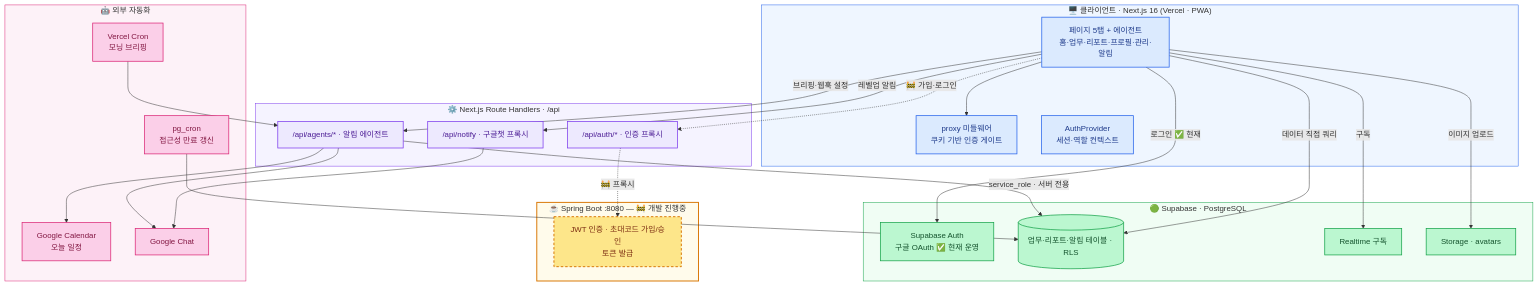
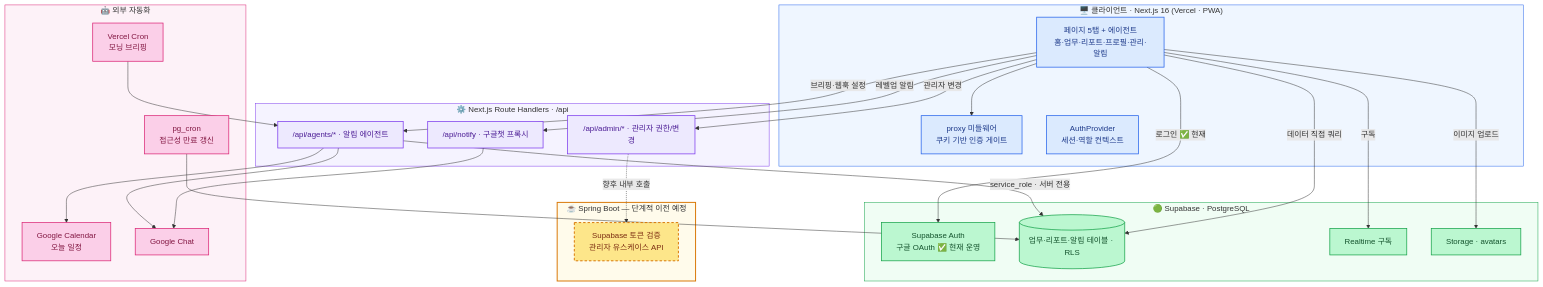
The second of 4 diagrams in README.md (poseybutter/project-alarm-service), drawn with Mermaid before and after one commit. The commit also changed other lines of this file and 47 other files, not shown here.

````diff
--- a/README.md
+++ b/README.md
@@ -221,65 +221,65 @@
 ```mermaid
 graph TB
     subgraph Client["🖥️ 클라이언트 · Next.js 16 (Vercel · PWA)"]
         UI["페이지 5탭 + 에이전트<br/>홈·업무·리포트·프로필·관리·알림"]
         MW["proxy 미들웨어<br/>쿠키 기반 인증 게이트"]
         AP["AuthProvider<br/>세션·역할 컨텍스트"]
     end
 
     subgraph Supa["🟢 Supabase · PostgreSQL"]
         SAuth["Supabase Auth<br/>구글 OAuth ✅ 현재 운영"]
         DB[("업무·리포트·알림 테이블 · RLS")]
         RT["Realtime 구독"]
         Store["Storage · avatars"]
     end
 
     subgraph NextAPI["⚙️ Next.js Route Handlers · /api"]
         Notify["/api/notify · 구글챗 프록시"]
-        AuthAPI["/api/auth/* · 인증 프록시"]
+        AdminAPI["/api/admin/* · 관리자 권한/변경"]
         AgentAPI["/api/agents/* · 알림 에이전트"]
     end
 
-    subgraph Spring["☕ Spring Boot :8080 — 🚧 개발 진행중"]
-        JWT["JWT 인증 · 초대코드 가입/승인<br/>토큰 발급"]
+    subgraph Spring["☕ Spring Boot — 단계적 이전 예정"]
+        AdminCore["Supabase 토큰 검증<br/>관리자 유스케이스 API"]
     end
 
     subgraph Ext["🤖 외부 자동화"]
         VercelCron["Vercel Cron<br/>모닝 브리핑"]
         Calendar["Google Calendar<br/>오늘 일정"]
         Cron["pg_cron<br/>접근성 만료 갱신"]
         Chat["Google Chat"]
     end
 
     UI -->|"로그인 ✅ 현재"| SAuth
     UI -->|"데이터 직접 쿼리"| DB
     UI -->|"구독"| RT
     UI -->|"이미지 업로드"| Store
     UI --> MW
     UI -->|"레벨업 알림"| Notify --> Chat
     UI -->|"브리핑·웹훅 설정"| AgentAPI
-    UI -.->|"🚧 가입·로그인"| AuthAPI
-    AuthAPI -.->|"🚧 프록시"| JWT
+    UI -->|"관리자 변경"| AdminAPI
+    AdminAPI -.->|"향후 내부 호출"| AdminCore
     VercelCron --> AgentAPI
     AgentAPI -->|"service_role · 서버 전용"| DB
     AgentAPI --> Calendar
     AgentAPI --> Chat
     Cron --> DB
 
     classDef client fill:#dbeafe,stroke:#2563eb,color:#1e3a8a,stroke-width:1.5px;
     classDef api fill:#ede9fe,stroke:#7c3aed,color:#4c1d95,stroke-width:1.5px;
     classDef wip fill:#fde68a,stroke:#d97706,color:#7c2d12,stroke-width:2px,stroke-dasharray:5 4;
     classDef data fill:#bbf7d0,stroke:#16a34a,color:#14532d,stroke-width:1.5px;
     classDef ext fill:#fbcfe8,stroke:#db2777,color:#831843,stroke-width:1.5px;
 
     class UI,MW,AP client;
-    class AuthAPI,Notify,AgentAPI api;
-    class JWT wip;
+    class AdminAPI,Notify,AgentAPI api;
+    class AdminCore wip;
     class SAuth,DB,RT,Store data;
     class VercelCron,Calendar,Cron,Chat ext;
 
     style Client fill:#eff6ff,stroke:#2563eb;
     style Supa fill:#f0fdf4,stroke:#16a34a;
     style NextAPI fill:#f5f3ff,stroke:#7c3aed;
     style Spring fill:#fffbeb,stroke:#d97706,stroke-width:2px;
     style Ext fill:#fdf2f8,stroke:#db2777;
 ```
````
